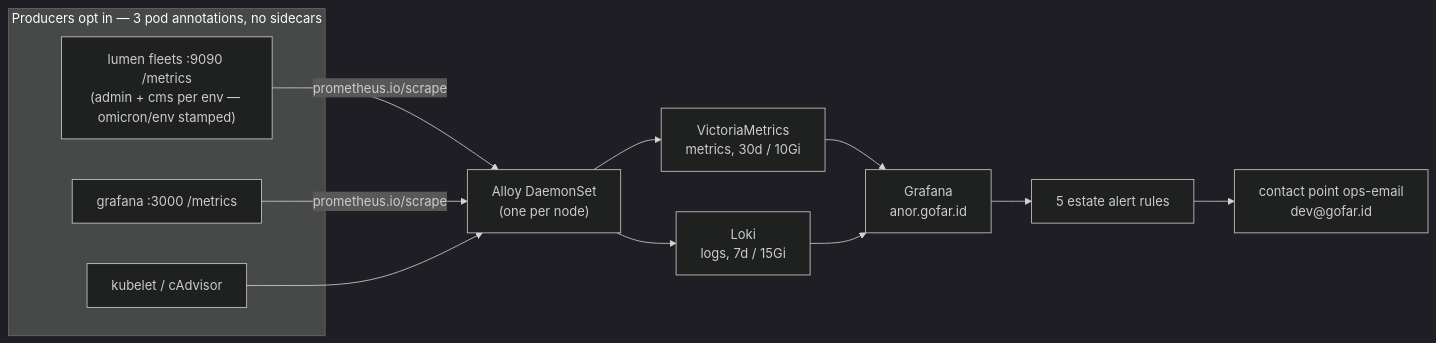
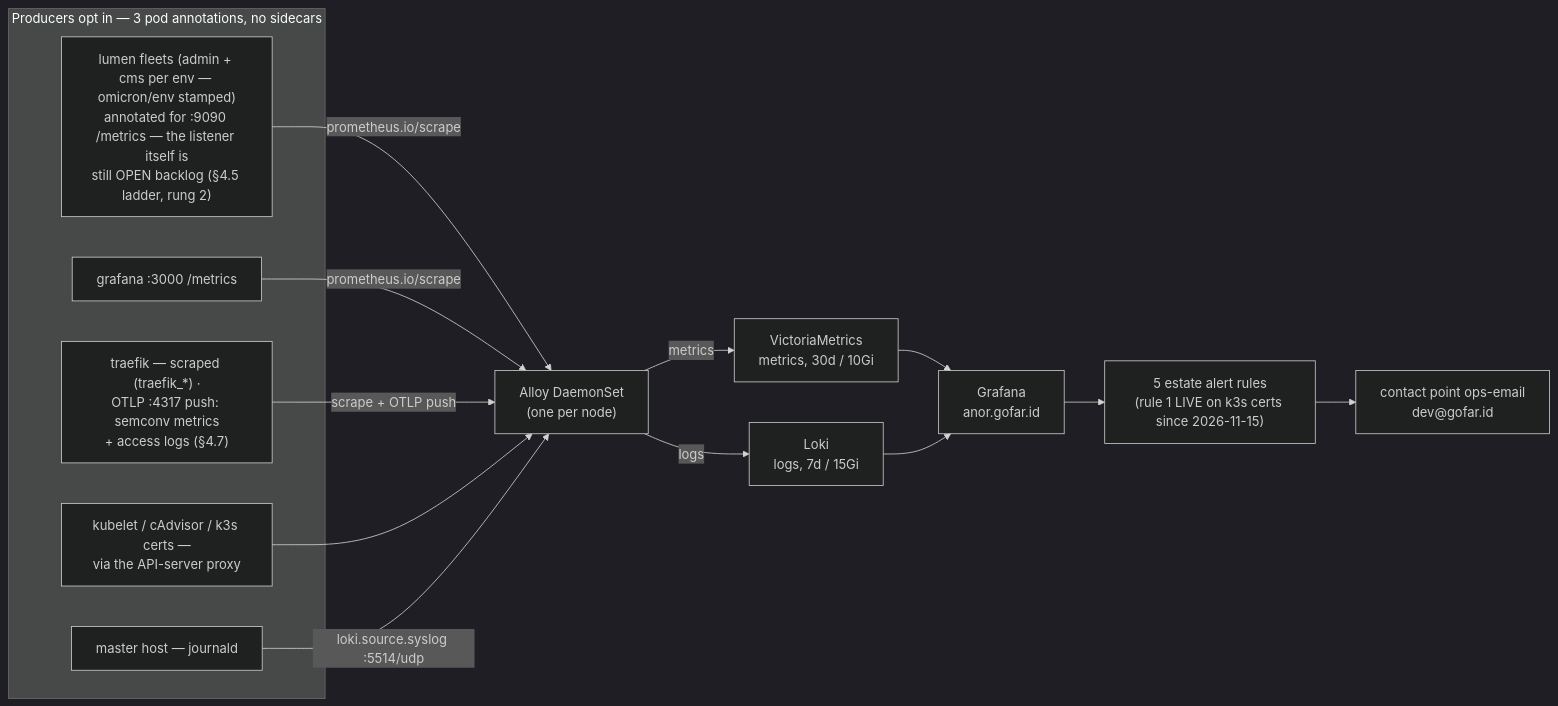
The first of 4 diagrams in runbook/10-observability.md (kanatabi/omicron), drawn with Mermaid (dark theme) before and after one commit. The commit also changed other lines of this file and 1 other file, not shown here.

````diff
--- a/runbook/10-observability.md
+++ b/runbook/10-observability.md
@@ -43,18 +43,22 @@
 ```mermaid
 flowchart LR
     subgraph PRODUCE["Producers opt in — 3 pod annotations, no sidecars"]
-        L["lumen fleets :9090 /metrics<br/>(admin + cms per env — omicron/env stamped)"]
+        L["lumen fleets (admin + cms per env — omicron/env stamped)<br/>annotated for :9090 /metrics — the listener itself is<br/>still OPEN backlog (§4.5 ladder, rung 2)"]
         G["grafana :3000 /metrics"]
-        K["kubelet / cAdvisor"]
+        K["kubelet / cAdvisor / k3s certs —<br/>via the API-server proxy"]
+        T["traefik — scraped (traefik_*) ·<br/>OTLP :4317 push: semconv metrics<br/>+ access logs (§4.7)"]
+        S["master host — journald"]
     end
     A["Alloy DaemonSet\n(one per node)"]
-    L -->|prometheus.io/scrape| A
-    G -->|prometheus.io/scrape| A
+    L -->|"prometheus.io/scrape"| A
+    G -->|"prometheus.io/scrape"| A
+    T -->|"scrape + OTLP push"| A
     K --> A
-    A --> VM["VictoriaMetrics\nmetrics, 30d / 10Gi"]
-    A --> LK["Loki\nlogs, 7d / 15Gi"]
+    S -->|"loki.source.syslog :5514/udp"| A
+    A -->|"metrics"| VM["VictoriaMetrics\nmetrics, 30d / 10Gi"]
+    A -->|"logs"| LK["Loki\nlogs, 7d / 15Gi"]
     VM --> GR["Grafana\nanor.gofar.id"]
     LK --> GR
-    GR --> AL["5 estate alert rules"]
+    GR --> AL["5 estate alert rules\n(rule 1 LIVE on k3s certs since 2026-11-15)"]
     AL --> MAIL["contact point ops-email\ndev@gofar.id"]
 ```
````
